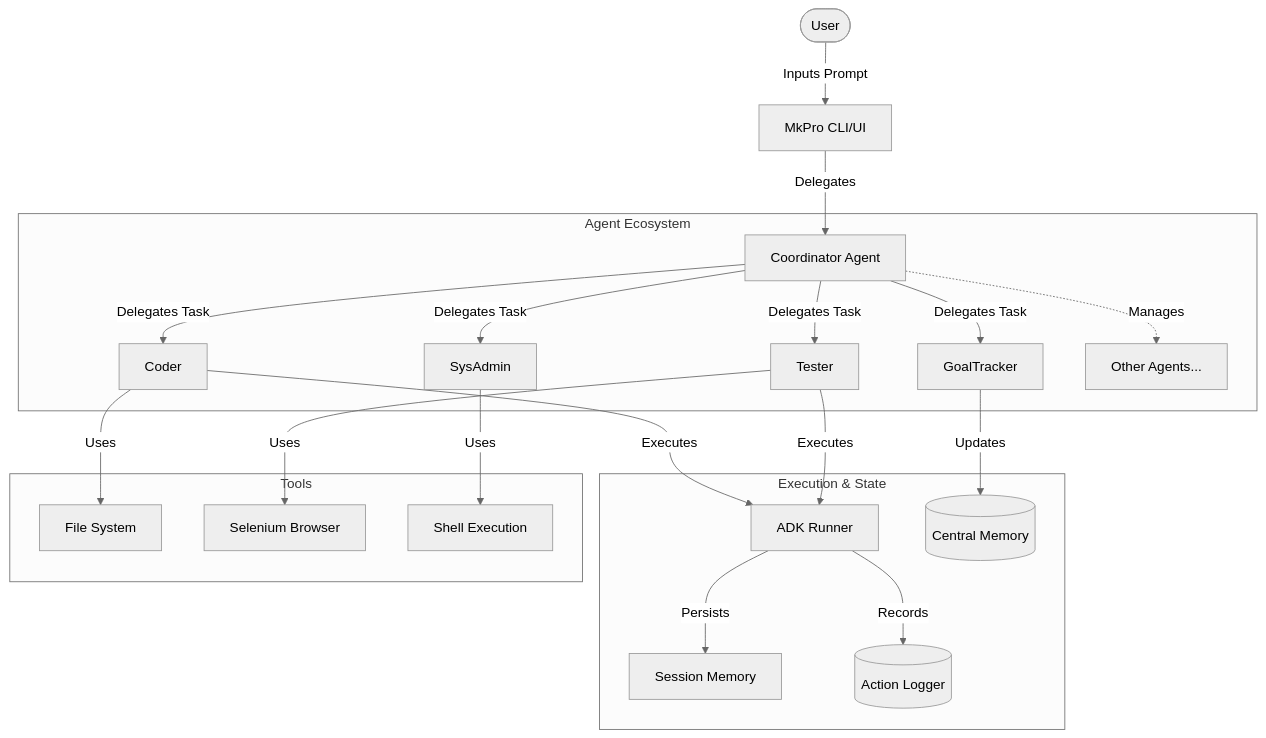
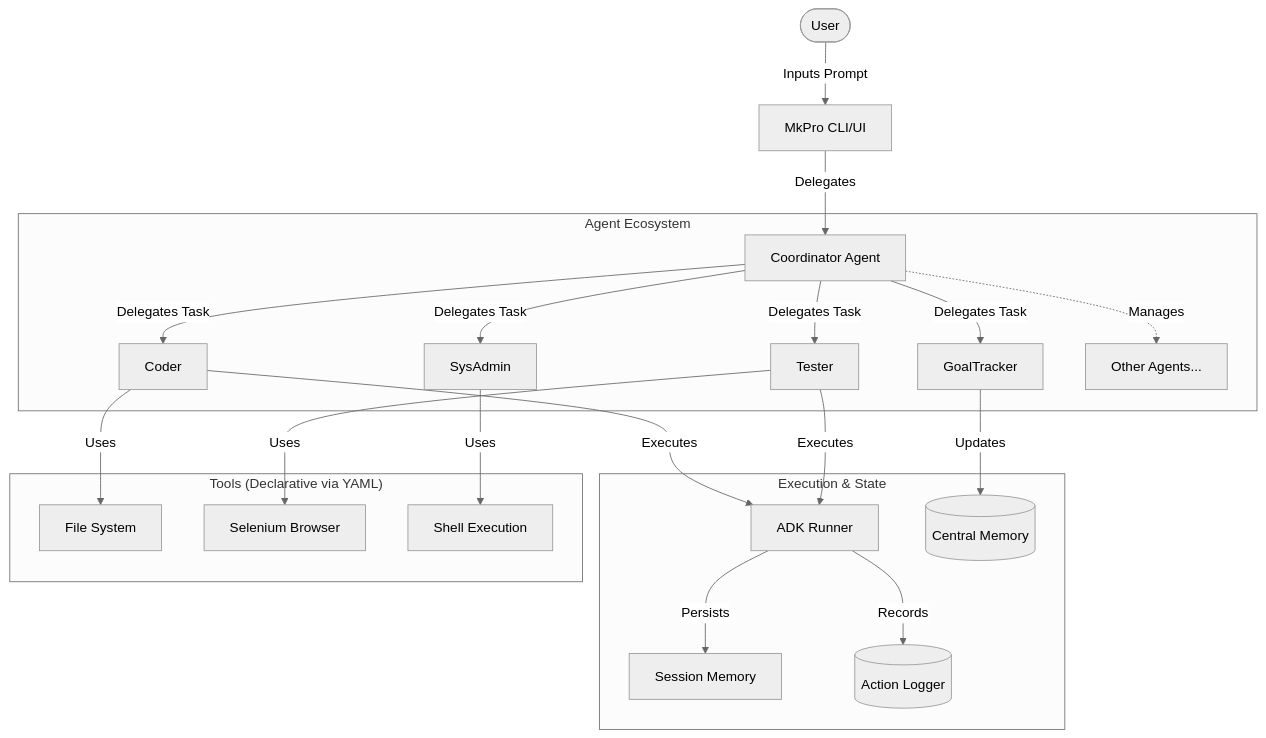
The diagram in README.md (redbus-labs/mkpro), drawn with Mermaid (neutral theme) before and after one commit. The commit also changed other lines of this file, not shown here.

Commit message:
docs: update README with current architecture, security, and features

````diff
--- a/README.md
+++ b/README.md
@@ -27,27 +29,27 @@
 ```mermaid
 graph TD
     User([User]) -->|Inputs Prompt| MkPro[MkPro CLI/UI]
     MkPro -->|Delegates| Coordinator[Coordinator Agent]
     
     subgraph "Agent Ecosystem"
         Coordinator -->|Delegates Task| Coder[Coder]
         Coordinator -->|Delegates Task| Tester[Tester]
         Coordinator -->|Delegates Task| SysAdmin[SysAdmin]
         Coordinator -->|Delegates Task| GoalTracker[GoalTracker]
         Coordinator -.->|Manages| Others[Other Agents...]
     end
 
     subgraph "Execution & State"
         Coder -->|Executes| Runner[ADK Runner]
         Tester -->|Executes| Runner
         Runner -->|Persists| Session[Session Memory]
         Runner -->|Records| ActionLogger[(Action Logger)]
         GoalTracker -->|Updates| CentralMem[(Central Memory)]
     end
 
-    subgraph "Tools"
+    subgraph "Tools (Declarative via YAML)"
         Coder -->|Uses| FileTools[File System]
         Tester -->|Uses| Selenium[Selenium Browser]
         SysAdmin -->|Uses| Shell[Shell Execution]
     end
 ```
````
